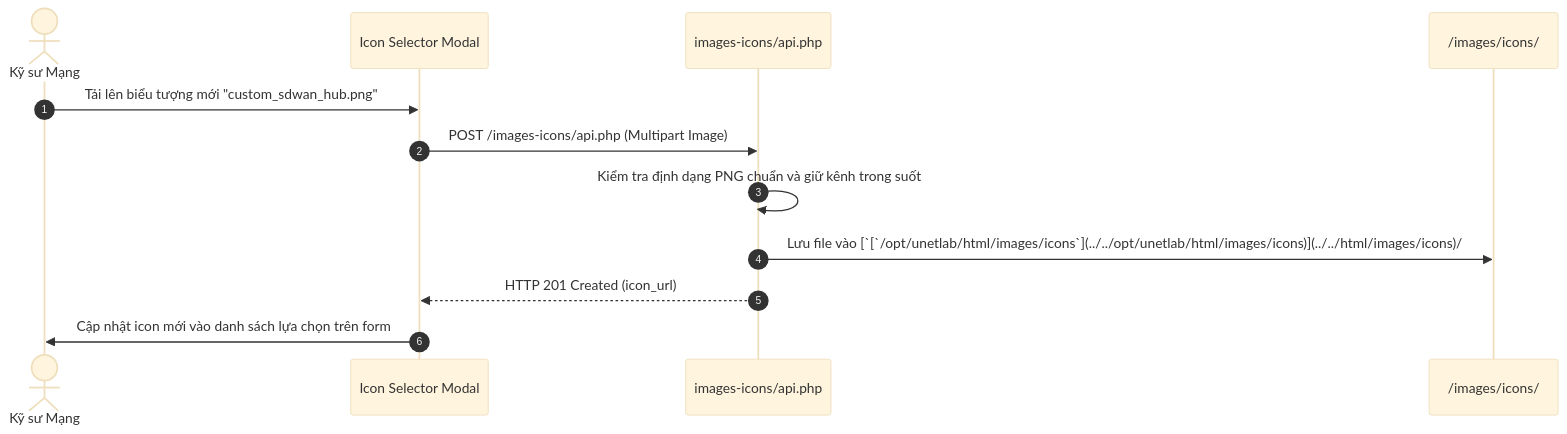
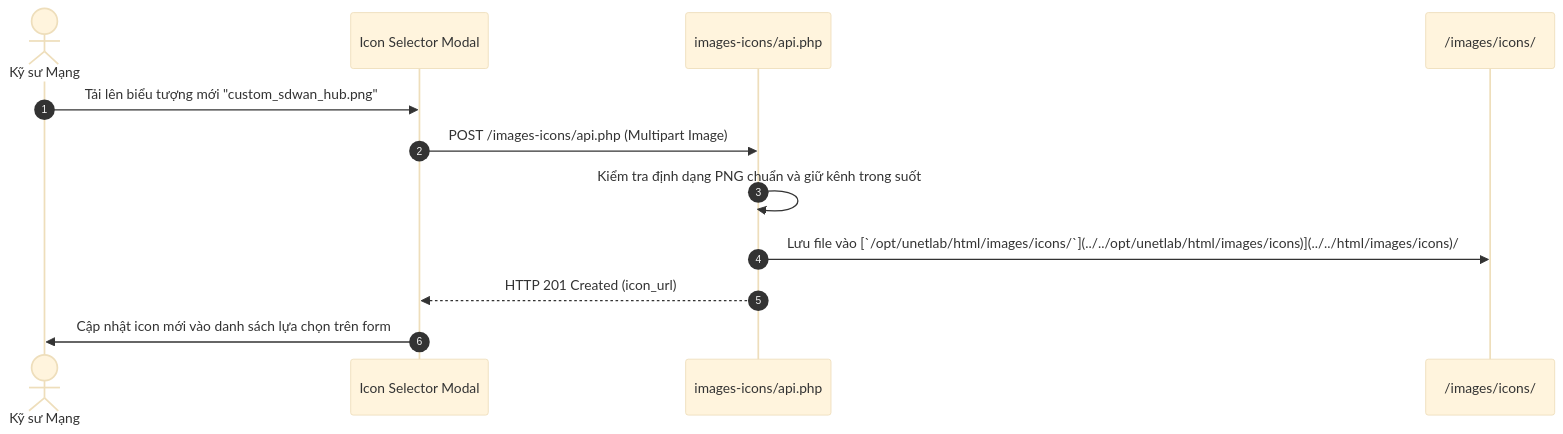
One commit to Luuxinhxinh/pnet-v8 changed the diagram in docs/03-diagrams/f53-custom-icon-manager-sequence.md. Above: the diagram before and after it, drawn with Mermaid (base theme). The commit also changed 88 other files, not shown here.

````diff
--- a/docs/03-diagrams/f53-custom-icon-manager-sequence.md
+++ b/docs/03-diagrams/f53-custom-icon-manager-sequence.md
@@ -9,15 +9,15 @@
 ```mermaid
 sequenceDiagram
     autonumber
     actor User as Kỹ sư Mạng
     participant UI as Icon Selector Modal
     participant API as images-icons/api.php
     participant Storage as /images/icons/
 
     User->>UI: Tải lên biểu tượng mới "custom_sdwan_hub.png"
     UI->>API: POST /images-icons/api.php (Multipart Image)
     API->>API: Kiểm tra định dạng PNG chuẩn và giữ kênh trong suốt
-    API->>Storage: Lưu file vào [`[`/opt/unetlab/html/images/icons`](../../opt/unetlab/html/images/icons)](../../html/images/icons)/
+    API->>Storage: Lưu file vào [`/opt/unetlab/html/images/icons/`](../../opt/unetlab/html/images/icons)](../../html/images/icons)/
     API-->>UI: HTTP 201 Created (icon_url)
     UI->>User: Cập nhật icon mới vào danh sách lựa chọn trên form
 ```
````
